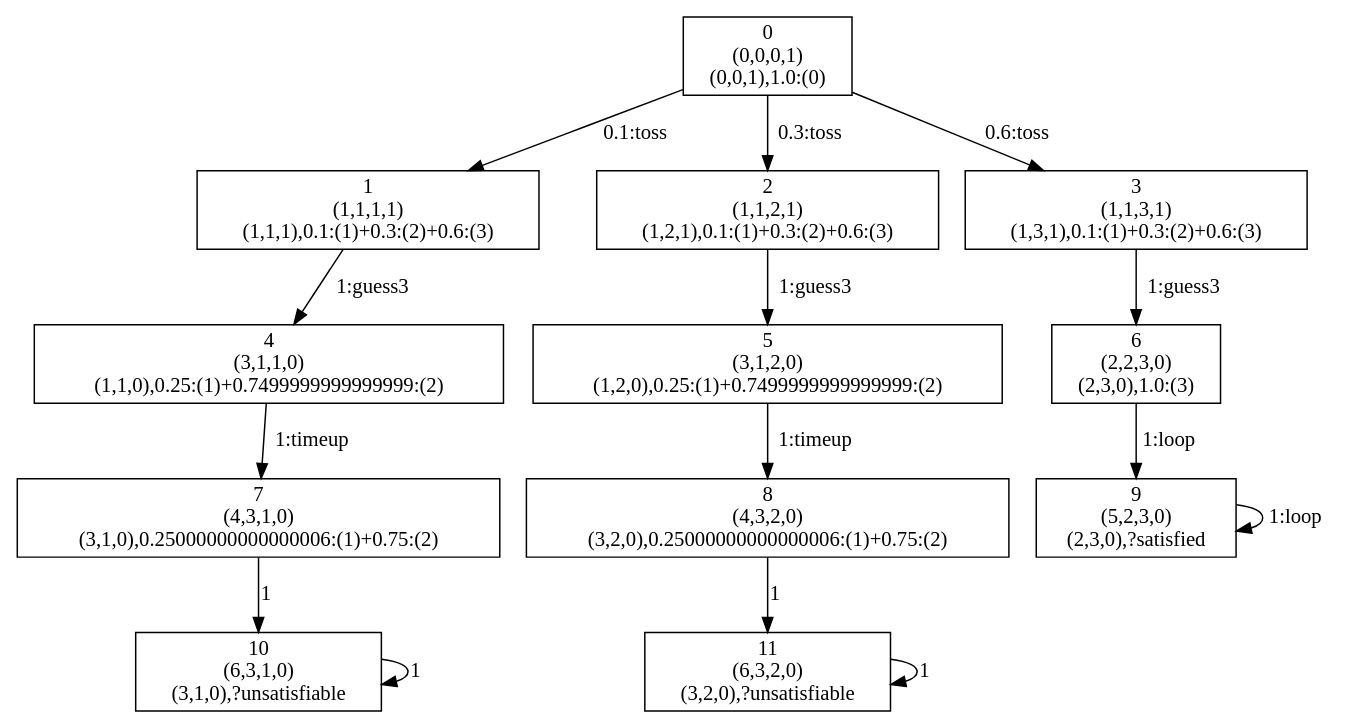
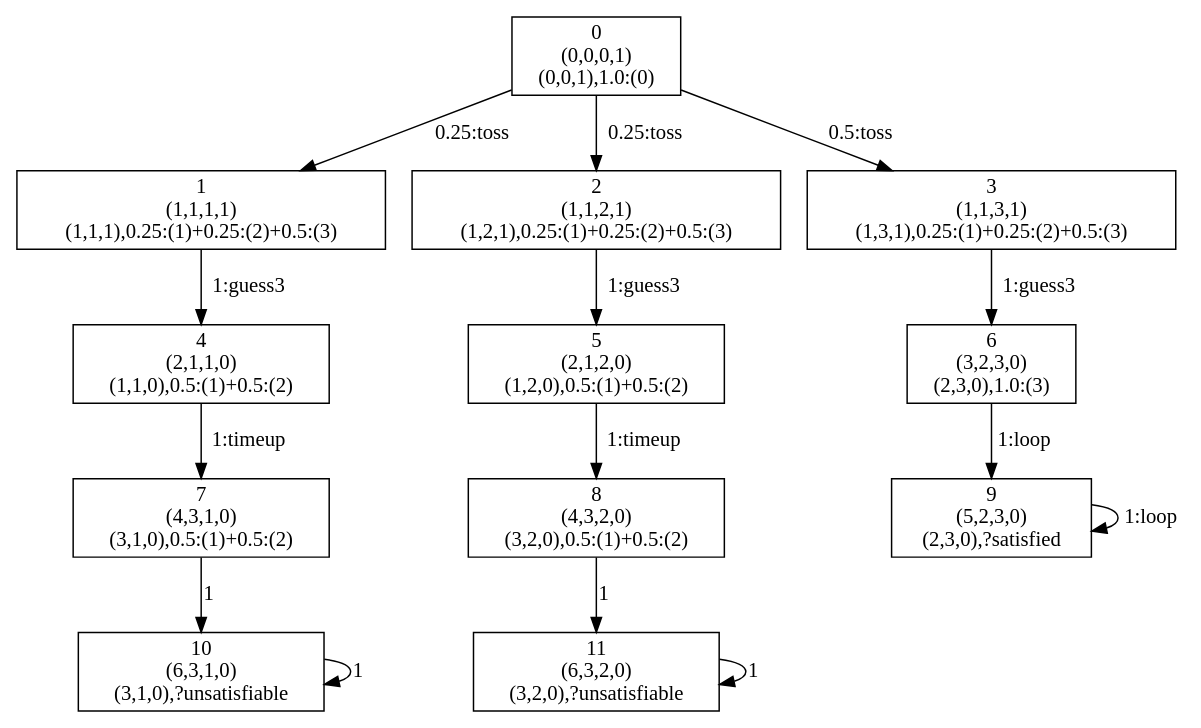
The diagram in prism-tests/functionality/export/strat/exportstratpomdp.prism.props.dot (prismmodelchecker/prism), drawn with Graphviz before and after one commit. The commit also changed 9 other files, not shown here.

```diff
--- a/prism-tests/functionality/export/strat/exportstratpomdp.prism.props.dot
+++ b/prism-tests/functionality/export/strat/exportstratpomdp.prism.props.dot
@@ -1,29 +1,29 @@
 digraph M {
 node [label="",shape="box"];
 0 [label="0\n(0,0,0,1)\n(0,0,1),1.0:(0)"];
-0 -> 1 [label="0.1:toss"];
-0 -> 2 [label="0.3:toss"];
-0 -> 3 [label="0.6:toss"];
-1 [label="1\n(1,1,1,1)\n(1,1,1),0.1:(1)+0.3:(2)+0.6:(3)"];
+0 -> 1 [label="0.25:toss"];
+0 -> 2 [label="0.25:toss"];
+0 -> 3 [label="0.5:toss"];
+1 [label="1\n(1,1,1,1)\n(1,1,1),0.25:(1)+0.25:(2)+0.5:(3)"];
 1 -> 4 [label="1:guess3"];
-2 [label="2\n(1,1,2,1)\n(1,2,1),0.1:(1)+0.3:(2)+0.6:(3)"];
+2 [label="2\n(1,1,2,1)\n(1,2,1),0.25:(1)+0.25:(2)+0.5:(3)"];
 2 -> 5 [label="1:guess3"];
-3 [label="3\n(1,1,3,1)\n(1,3,1),0.1:(1)+0.3:(2)+0.6:(3)"];
+3 [label="3\n(1,1,3,1)\n(1,3,1),0.25:(1)+0.25:(2)+0.5:(3)"];
 3 -> 6 [label="1:guess3"];
-4 [label="4\n(3,1,1,0)\n(1,1,0),0.25:(1)+0.7499999999999999:(2)"];
+4 [label="4\n(2,1,1,0)\n(1,1,0),0.5:(1)+0.5:(2)"];
 4 -> 7 [label="1:timeup"];
-5 [label="5\n(3,1,2,0)\n(1,2,0),0.25:(1)+0.7499999999999999:(2)"];
+5 [label="5\n(2,1,2,0)\n(1,2,0),0.5:(1)+0.5:(2)"];
 5 -> 8 [label="1:timeup"];
-6 [label="6\n(2,2,3,0)\n(2,3,0),1.0:(3)"];
+6 [label="6\n(3,2,3,0)\n(2,3,0),1.0:(3)"];
 6 -> 9 [label="1:loop"];
-7 [label="7\n(4,3,1,0)\n(3,1,0),0.25000000000000006:(1)+0.75:(2)"];
+7 [label="7\n(4,3,1,0)\n(3,1,0),0.5:(1)+0.5:(2)"];
 7 -> 10 [label="1"];
-8 [label="8\n(4,3,2,0)\n(3,2,0),0.25000000000000006:(1)+0.75:(2)"];
+8 [label="8\n(4,3,2,0)\n(3,2,0),0.5:(1)+0.5:(2)"];
 8 -> 11 [label="1"];
 9 [label="9\n(5,2,3,0)\n(2,3,0),?satisfied"];
 9 -> 9 [label="1:loop"];
 10 [label="10\n(6,3,1,0)\n(3,1,0),?unsatisfiable"];
 10 -> 10 [label="1"];
 11 [label="11\n(6,3,2,0)\n(3,2,0),?unsatisfiable"];
 11 -> 11 [label="1"];
 }
```
